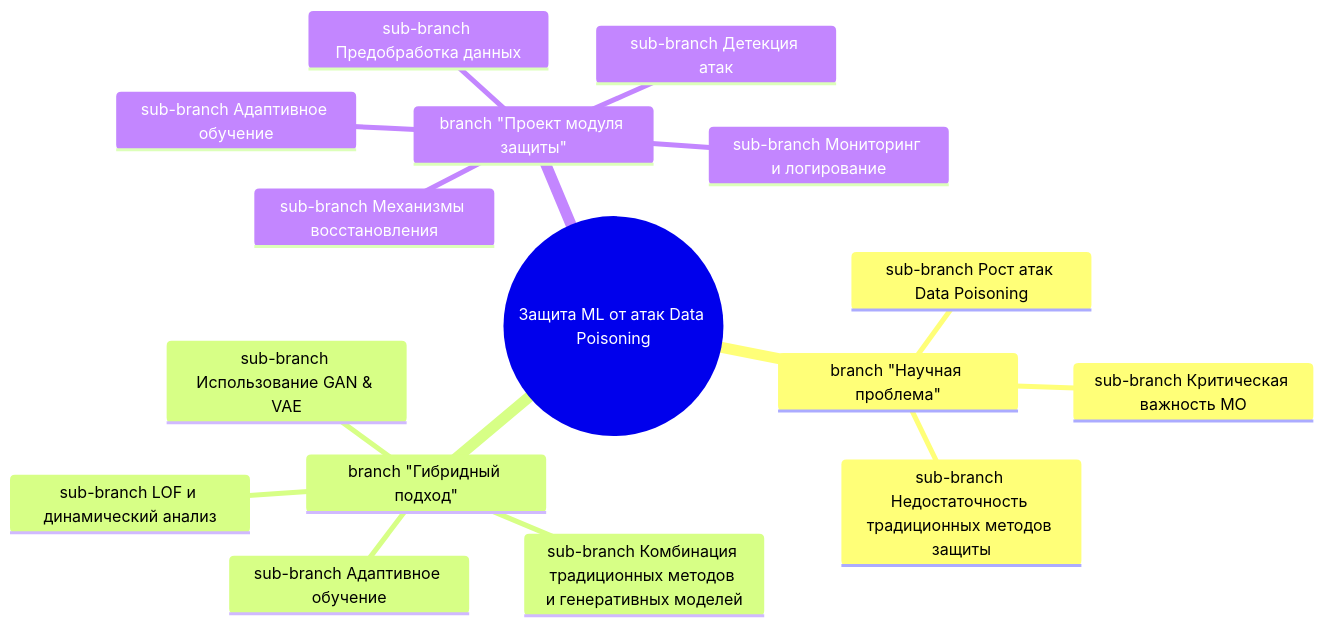
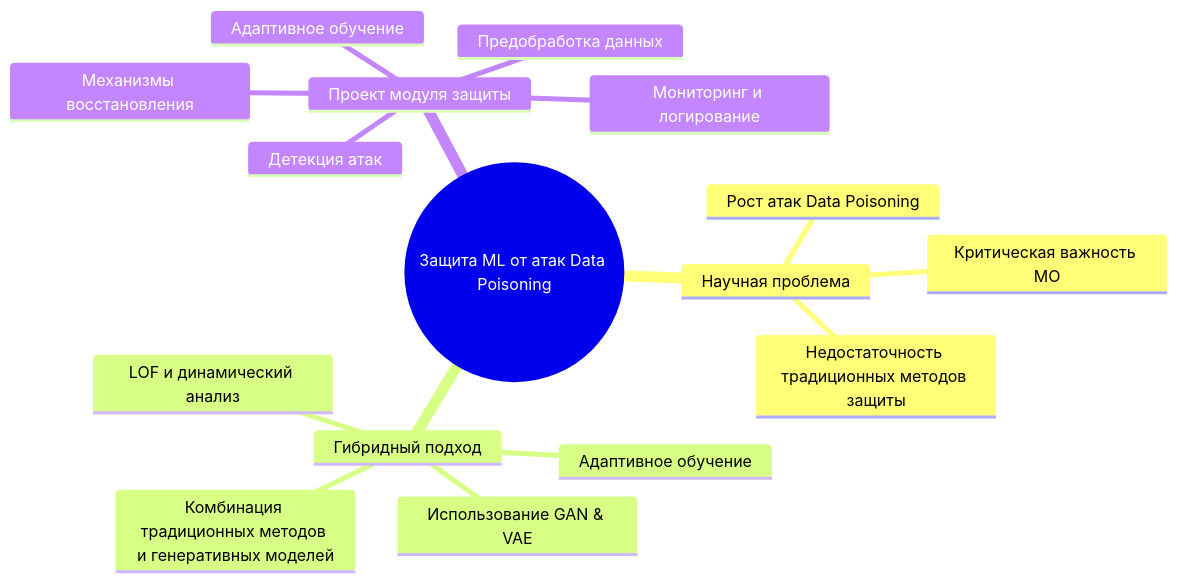
Before and after one commit to PanOlifer/Hybrid-Anomaly-Detection-Adaptive-Model-Training-HADAMT: the diagram in README.md, drawn with Mermaid.

````diff
--- a/README.md
+++ b/README.md
@@ -175,19 +175,19 @@
 ```mermaid
 mindmap
   root((Защита ML от атак Data Poisoning))
-    branch "Научная проблема"
-      sub-branch Рост атак Data Poisoning
-      sub-branch Критическая важность МО
-      sub-branch Недостаточность традиционных методов защиты
-    branch "Гибридный подход"
-      sub-branch Комбинация традиционных методов и генеративных моделей
-      sub-branch Использование GAN & VAE
-      sub-branch LOF и динамический анализ
-      sub-branch Адаптивное обучение
-    branch "Проект модуля защиты"
-      sub-branch Предобработка данных
-      sub-branch Детекция атак
-      sub-branch Адаптивное обучение
-      sub-branch Механизмы восстановления
-      sub-branch Мониторинг и логирование
+    Научная проблема
+      Рост атак Data Poisoning
+      Критическая важность МО
+      Недостаточность традиционных методов защиты
+    Гибридный подход
+      Комбинация традиционных методов и генеративных моделей
+      Использование GAN & VAE
+      LOF и динамический анализ
+      Адаптивное обучение
+    Проект модуля защиты
+      Предобработка данных
+      Детекция атак
+      Адаптивное обучение
+      Механизмы восстановления
+      Мониторинг и логирование
 ```
````
